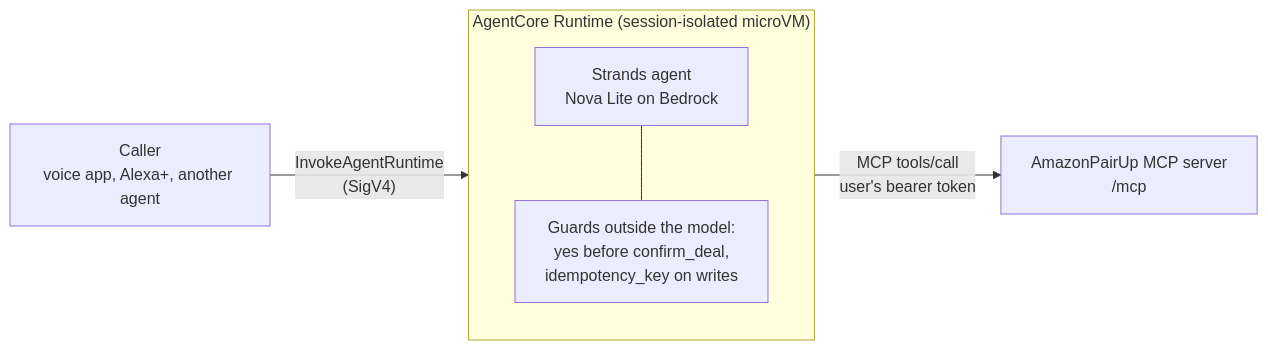
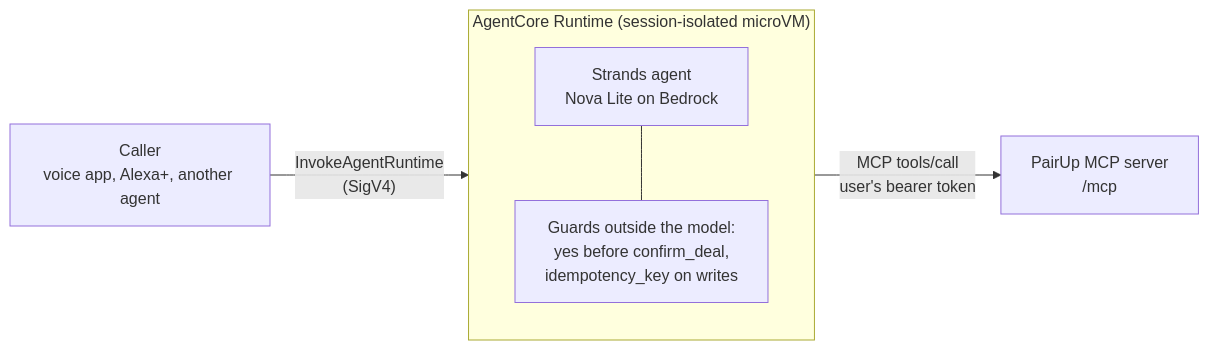
Before and after one commit to adamchoi787/amazon-pair-up: the diagram in agents/agentcore/README.md, drawn with Mermaid. The commit also changed other lines of this file and 84 other files, not shown here.

````diff
--- a/agents/agentcore/README.md
+++ b/agents/agentcore/README.md
@@ -8,10 +8,10 @@
 ```mermaid
 flowchart LR
   C[Caller<br/>voice app, Alexa+, another agent] -- "InvokeAgentRuntime<br/>(SigV4)" --> R
   subgraph R["AgentCore Runtime (session-isolated microVM)"]
     A[Strands agent<br/>Nova Lite on Bedrock]
     G[Guards outside the model:<br/>yes before confirm_deal,<br/>idempotency_key on writes]
     A --- G
   end
-  R -- "MCP tools/call<br/>user's bearer token" --> S[AmazonPairUp MCP server<br/>/mcp]
+  R -- "MCP tools/call<br/>user's bearer token" --> S[PairUp MCP server<br/>/mcp]
 ```
````
